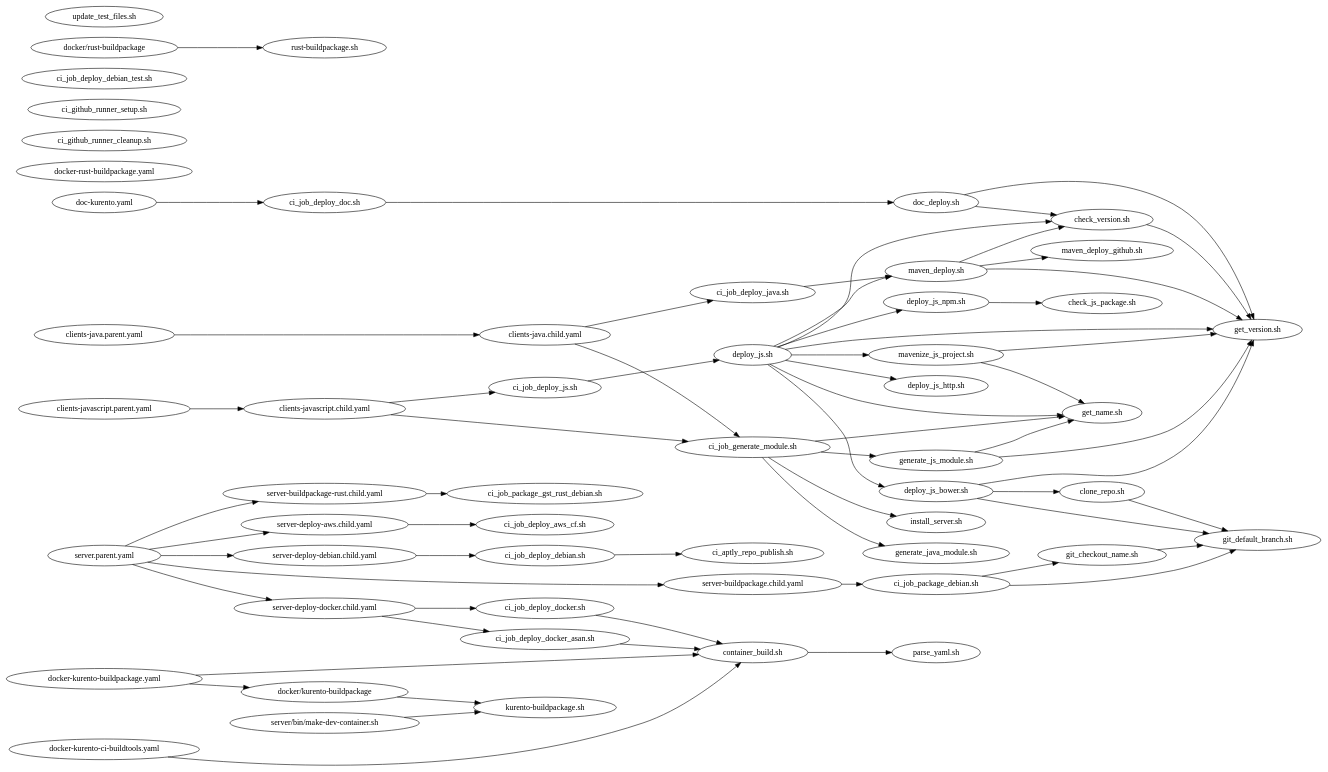
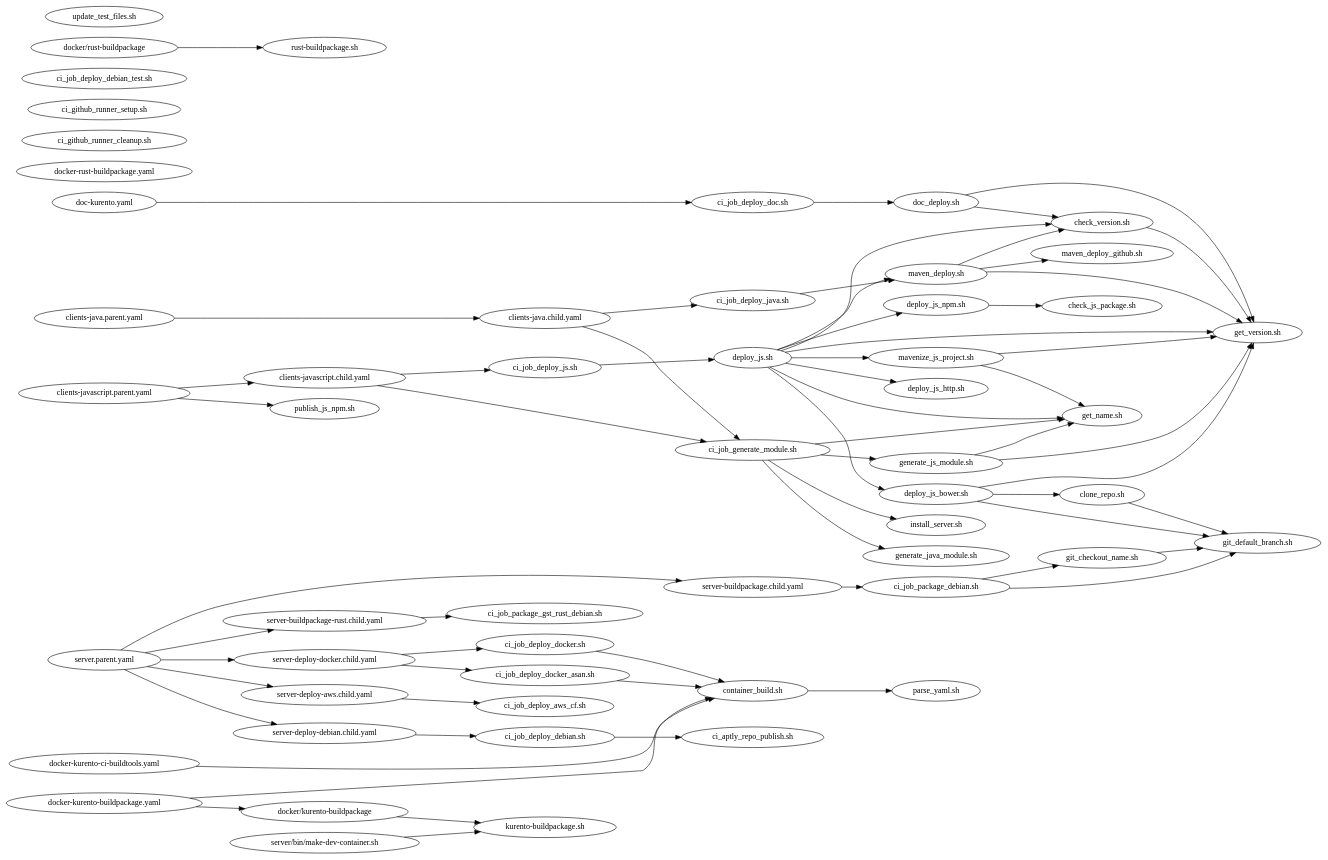
Before and after one commit to Kurento/kurento: the diagram in ci-scripts/README.d/scripts-dependencies.dot, drawn with Graphviz. The commit also changed 19 other files, not shown here.

First line of the commit message:
ci: publish JS packages to NPM with trusted publishing (#177)

```diff
--- a/ci-scripts/README.d/scripts-dependencies.dot
+++ b/ci-scripts/README.d/scripts-dependencies.dot
@@ -1,197 +1,198 @@
 digraph scripts {
   //bgcolor = "transparent";
   fontname = "Bitstream Vera Sans";
   fontsize = 8;
   rankdir = "LR";
 
 
   // GitHub Actions CI workflows
   // ===========================
 
   // Standalone definitions.
   // Used so these can be applied the same root rank and appear at the same level.
   {
     rank = "same";
 
     "clients-java.parent.yaml";
     "clients-javascript.parent.yaml";
     "doc-kurento.yaml";
     "docker-kurento-buildpackage.yaml";
     "docker-kurento-ci-buildtools.yaml";
     "docker-rust-buildpackage.yaml";
     "server.parent.yaml";
   }
 
   // Root parent jobs.
   "clients-java.parent.yaml" -> {
     "clients-java.child.yaml"
   };
   "clients-javascript.parent.yaml" -> {
     "clients-javascript.child.yaml"
+    "publish_js_npm.sh"
   };
   "doc-kurento.yaml" -> {
     "ci_job_deploy_doc.sh"
   };
   "docker-kurento-buildpackage.yaml" -> {
     "container_build.sh"
     "docker/kurento-buildpackage"
   };
   "docker-kurento-ci-buildtools.yaml" -> {
     "container_build.sh"
   };
   "server.parent.yaml" -> {
     "server-buildpackage-rust.child.yaml"
     "server-buildpackage.child.yaml"
     "server-deploy-aws.child.yaml"
     "server-deploy-debian.child.yaml"
     "server-deploy-docker.child.yaml"
   };
 
   // Child jobs ("reusable workflows")
   "clients-java.child.yaml" -> {
     "ci_job_deploy_java.sh"
     "ci_job_generate_module.sh"
   };
   "clients-javascript.child.yaml" -> {
     "ci_job_deploy_js.sh"
     "ci_job_generate_module.sh"
   };
   "server-buildpackage.child.yaml" -> {
     "ci_job_package_debian.sh"
   };
   "server-buildpackage-rust.child.yaml" -> {
     "ci_job_package_gst_rust_debian.sh"
   };
   "server-deploy-aws.child.yaml" -> {
     "ci_job_deploy_aws_cf.sh"
   };
   "server-deploy-debian.child.yaml" -> {
     "ci_job_deploy_debian.sh"
   };
   "server-deploy-docker.child.yaml" -> {
     "ci_job_deploy_docker.sh"
     "ci_job_deploy_docker_asan.sh"
   };
 
 
   // GitHub Actions CI job scripts
   // =============================
 
   "ci_aptly_repo_publish.sh";
   "ci_github_runner_cleanup.sh";
   "ci_github_runner_setup.sh";
   "ci_job_deploy_aws_cf.sh";
   "ci_job_deploy_debian_test.sh";
   "ci_job_deploy_debian.sh" -> {
     "ci_aptly_repo_publish.sh"
   };
   "ci_job_deploy_doc.sh" -> {
     "doc_deploy.sh"
   };
   "ci_job_deploy_docker.sh" -> {
     "container_build.sh"
   };
   "ci_job_deploy_docker_asan.sh" -> {
     "container_build.sh"
   };
   "ci_job_deploy_java.sh" -> {
     "maven_deploy.sh"
   };
   "ci_job_deploy_js.sh" -> {
     "deploy_js.sh"
   };
   "ci_job_generate_module.sh" -> {
     "generate_java_module.sh"
     "generate_js_module.sh"
     "get_name.sh"
     "install_server.sh"
   };
   "ci_job_package_debian.sh" -> {
     "git_checkout_name.sh"
     "git_default_branch.sh"
   };
 
 
   // Miscellaneous origins
   // =====================
 
   "docker/kurento-buildpackage" -> {
     "kurento-buildpackage.sh"
   };
 
   "docker/rust-buildpackage" -> {
     "rust-buildpackage.sh"
   };
 
   "server/bin/make-dev-container.sh" -> {
     "kurento-buildpackage.sh"
   };
 
 
   // Concrete CI operations
   // ======================
 
   "container_build.sh" -> {
     "parse_yaml.sh"
   };
   "deploy_js.sh" -> {
     "check_version.sh"
     "deploy_js_bower.sh"
     "deploy_js_http.sh"
     "deploy_js_npm.sh"
     "get_name.sh"
     "get_version.sh"
     "maven_deploy.sh"
     "mavenize_js_project.sh"
   };
   "deploy_js_bower.sh" -> {
     "clone_repo.sh"
     "get_version.sh"
     "git_default_branch.sh"
   };
   "deploy_js_http.sh";
   "deploy_js_npm.sh" -> {
     "check_js_package.sh"
   };
   "check_js_package.sh";
   "doc_deploy.sh" -> {
     "check_version.sh"
     "get_version.sh"
   };
   "generate_java_module.sh";
   "generate_js_module.sh" -> {
     "get_name.sh"
     "get_version.sh"
   };
   "maven_deploy.sh" -> {
     "check_version.sh"
     "get_version.sh"
     "maven_deploy_github.sh"
   };
   "maven_deploy_github.sh";
   "mavenize_js_project.sh" -> {
     "get_name.sh"
     "get_version.sh"
   };
   "kurento-buildpackage.sh";
 
 
   // Utilities
   // =========
 
   "check_version.sh" -> {
     "get_version.sh"
   };
   "clone_repo.sh" -> {
     "git_default_branch.sh"
   };
   "get_name.sh";
   "get_version.sh";
   "git_checkout_name.sh" -> {
     "git_default_branch.sh"
   };
   "git_default_branch.sh";
   "install_server.sh";
   "update_test_files.sh";
   "parse_yaml.sh";
 }
```
